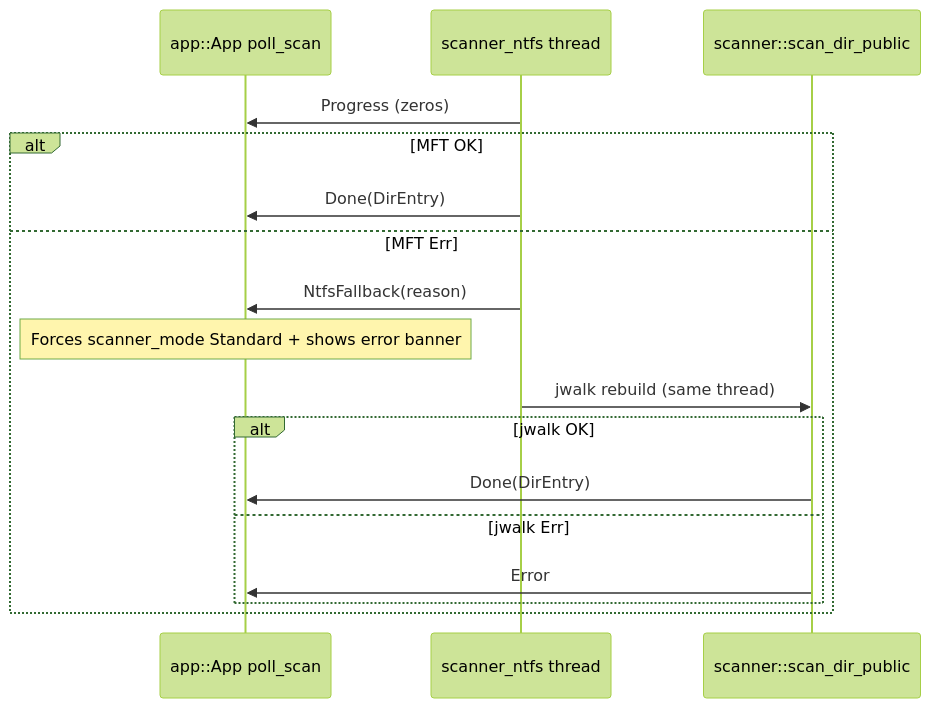
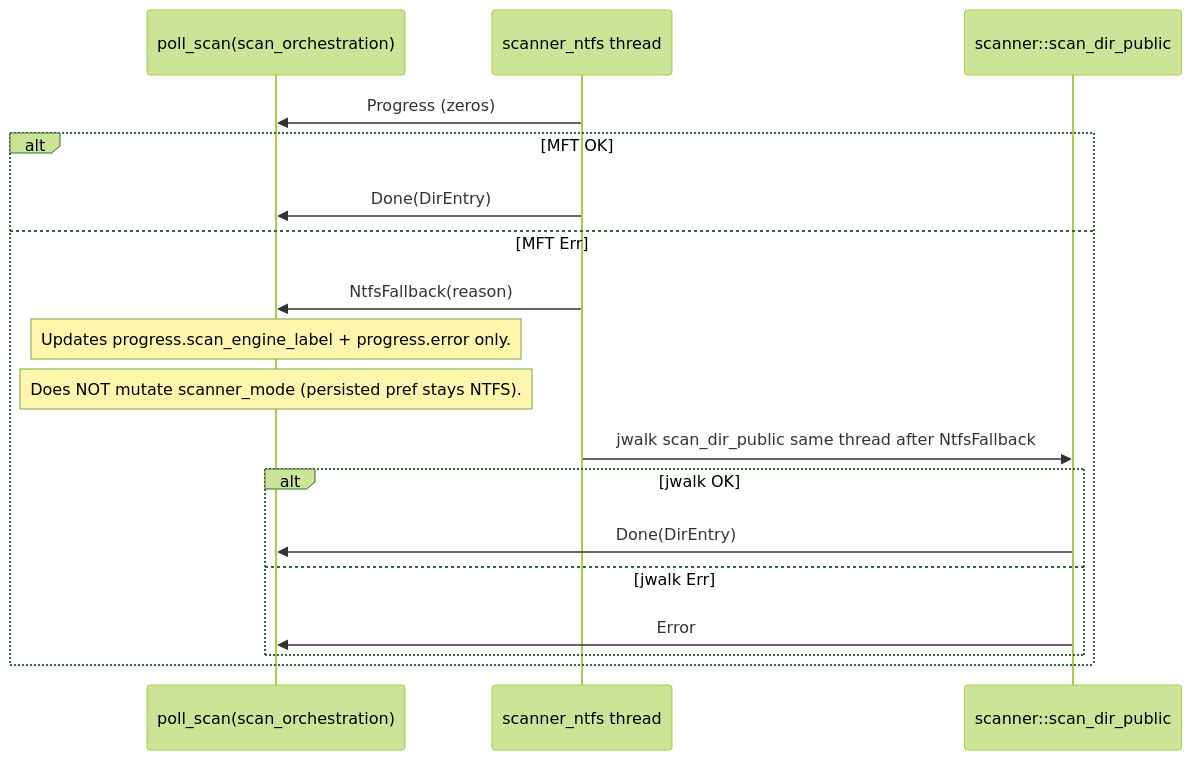
The second of 5 diagrams in DIAGRAMS.md (ssoj13/squarebob-rs), drawn with Mermaid (forest theme) before and after one commit. The commit also changed other lines of this file and 8 other files, not shown here.

````diff
--- a/DIAGRAMS.md
+++ b/DIAGRAMS.md
@@ -37,20 +37,21 @@
 ```mermaid
 sequenceDiagram
-    participant UI as app::App poll_scan
+    participant UI as poll_scan(scan_orchestration)
     participant NT as scanner_ntfs thread
     participant JW as scanner::scan_dir_public
 
     NT->>UI: Progress (zeros)
     alt MFT OK
         NT->>UI: Done(DirEntry)
     else MFT Err
         NT->>UI: NtfsFallback(reason)
-        Note over UI: Forces scanner_mode Standard + shows error banner
-        NT->>JW: jwalk rebuild (same thread)
+        Note over UI: Updates progress.scan_engine_label + progress.error only.
+        Note over UI: Does NOT mutate scanner_mode (persisted pref stays NTFS).
+        NT->>JW: jwalk scan_dir_public same thread after NtfsFallback
         alt jwalk OK
             JW->>UI: Done(DirEntry)
         else jwalk Err
             JW->>UI: Error
         end
     end
 ```
````
